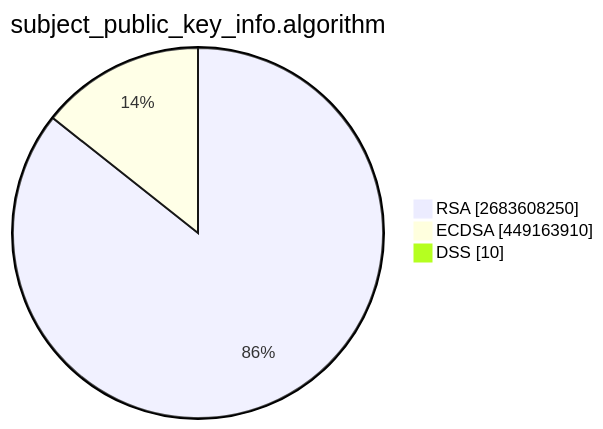
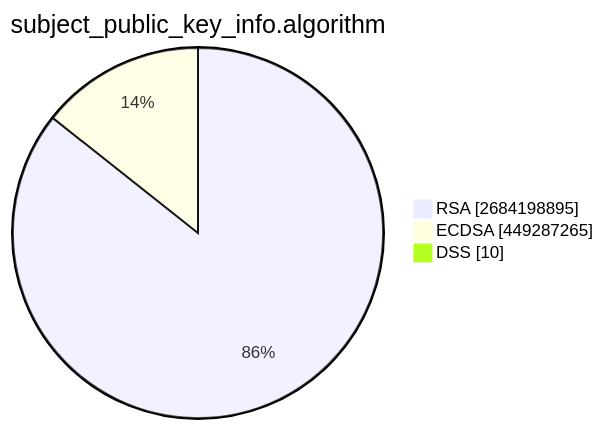
Before and after one commit to christiankrug/ctmonitor_visualization: the second of 15 diagrams in TOTAL/README.md, drawn with Mermaid. The commit also changed other lines of this file, not shown here.

````diff
--- a/TOTAL/README.md
+++ b/TOTAL/README.md
@@ -6,7 +6,7 @@
 ```mermaid
 pie showData
 title subject_public_key_info.algorithm
-"RSA" :2683608250
-"ECDSA" :449163910
+"RSA" :2684198895
+"ECDSA" :449287265
 "DSS" :10
 ```
````
